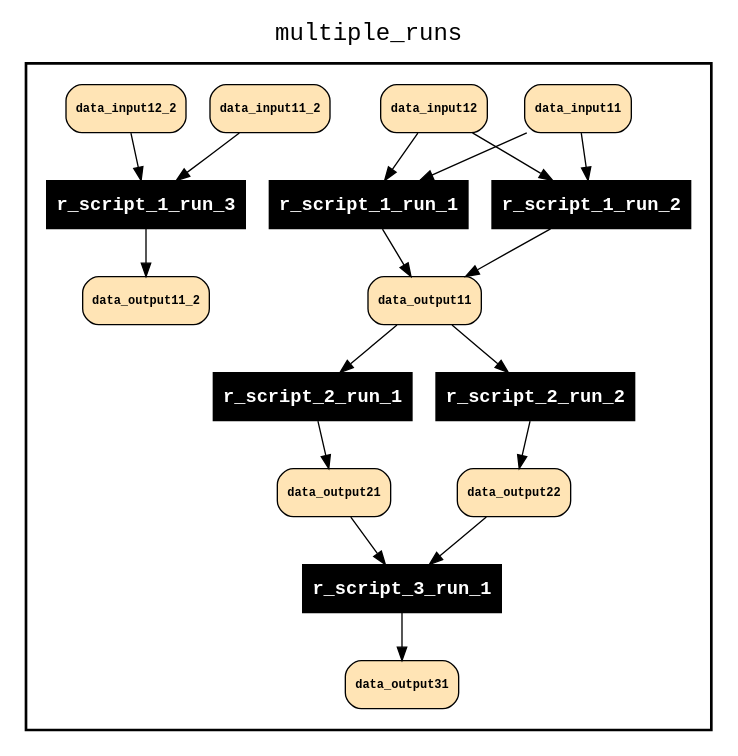
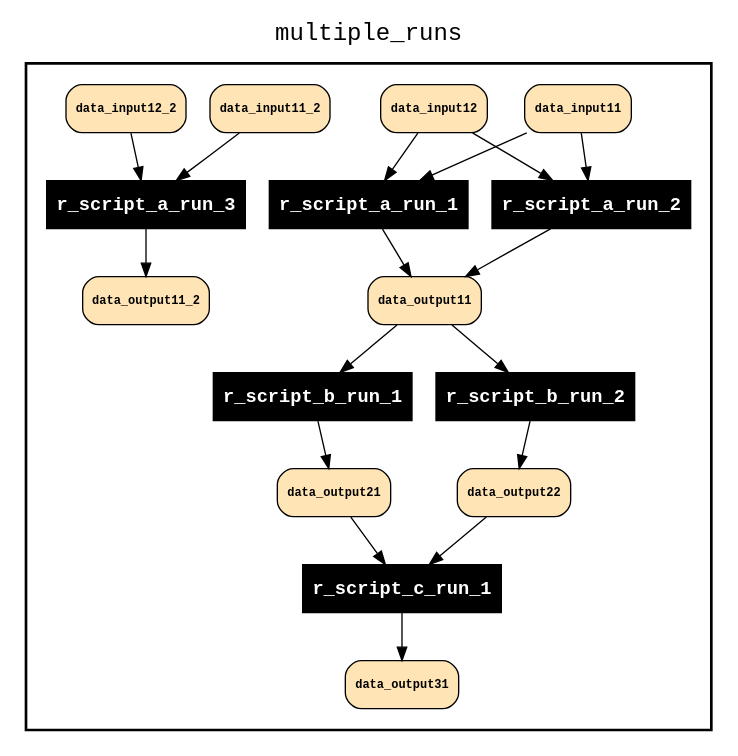
Before and after one commit to sycao5/runManager-multipleRuns: the diagram in results/complete_db_graph.gv, drawn with Graphviz. The commit also changed 9 other files, not shown here.

```diff
--- a/results/complete_db_graph.gv
+++ b/results/complete_db_graph.gv
@@ -1,49 +1,49 @@
 
 digraph rm_data_view {
 rankdir=TB
 fontname=Courier; fontsize=18; labelloc=t
 label="multiple_runs"
 subgraph cluster_workflow { label=""; color=black; penwidth=2
 subgraph cluster_workflow_inner { label=""; color=white
 node[shape=box style=filled fillcolor="black" peripheries=1 fontname="Courier-Bold" fontcolor=white]
-r_script_1_run_1
-r_script_2_run_1
-r_script_1_run_2
-r_script_2_run_2
-r_script_3_run_1
-r_script_1_run_3
+r_script_a_run_1
+r_script_b_run_1
+r_script_a_run_2
+r_script_b_run_2
+r_script_c_run_1
+r_script_a_run_3
 node[shape=box style="rounded,filled" fillcolor="#FFE4B5" peripheries=1 fontname="Courier-Bold" fontsize=9 fontcolor=black]
 data_input11
 data_input12
 data_output11
 data_output11
 data_output21
 data_input11
 data_input12
 data_output11
 data_output11
 data_output22
 data_output21
 data_output22
 data_output31
 data_input11_2
 data_input12_2
 data_output11_2
 }}
-data_input11 -> r_script_1_run_1
-data_input12 -> r_script_1_run_1
-data_output11 -> r_script_2_run_1
-data_input11 -> r_script_1_run_2
-data_input12 -> r_script_1_run_2
-data_output11 -> r_script_2_run_2
-data_output21 -> r_script_3_run_1
-data_output22 -> r_script_3_run_1
-data_input11_2 -> r_script_1_run_3
-data_input12_2 -> r_script_1_run_3
-r_script_1_run_1 -> data_output11
-r_script_2_run_1 -> data_output21
-r_script_1_run_2 -> data_output11
-r_script_2_run_2 -> data_output22
-r_script_3_run_1 -> data_output31
-r_script_1_run_3 -> data_output11_2
+data_input11 -> r_script_a_run_1
+data_input12 -> r_script_a_run_1
+data_output11 -> r_script_b_run_1
+data_input11 -> r_script_a_run_2
+data_input12 -> r_script_a_run_2
+data_output11 -> r_script_b_run_2
+data_output21 -> r_script_c_run_1
+data_output22 -> r_script_c_run_1
+data_input11_2 -> r_script_a_run_3
+data_input12_2 -> r_script_a_run_3
+r_script_a_run_1 -> data_output11
+r_script_b_run_1 -> data_output21
+r_script_a_run_2 -> data_output11
+r_script_b_run_2 -> data_output22
+r_script_c_run_1 -> data_output31
+r_script_a_run_3 -> data_output11_2
 }
```
